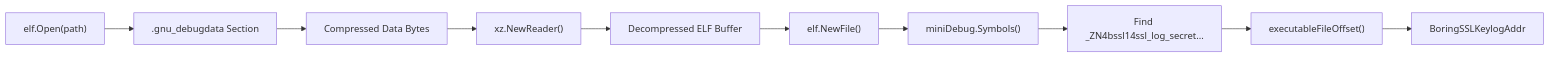
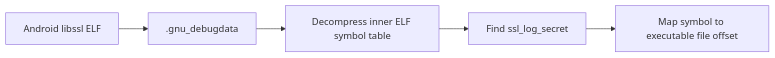
Before and after one commit to gojue/ecapture.cc: the diagram in src/en/2-core-tls-modules/2.1-tls-capture-openssl-and-boringssl.md, drawn with Mermaid. The commit also changed other lines of this file and 94 other files, not shown here.

````diff
--- a/src/en/2-core-tls-modules/2.1-tls-capture-openssl-and-boringssl.md
+++ b/src/en/2-core-tls-modules/2.1-tls-capture-openssl-and-boringssl.md
@@ -142,14 +27,7 @@
 ```mermaid
-graph LR
-    ELF["elf.Open(path)"] --> Sec[".gnu_debugdata Section"]
-    Sec --> Comp["Compressed Data Bytes"]
-    Comp --> XZ["xz.NewReader()"]
-    XZ --> Decomp["Decompressed ELF Buffer"]
-    Decomp --> InnerELF["elf.NewFile()"]
-    InnerELF --> Syms["miniDebug.Symbols()"]
-    Syms --> Match["Find _ZN4bssl14ssl_log_secret..."]
-    Match --> Calc["executableFileOffset()"]
-    Calc --> Addr["BoringSSLKeylogAddr"]
-
-    %% symbol["internal/probe/openssl/boringssl_symbol.go"]
+flowchart LR
+    ELF["Android libssl ELF"] --> Section[".gnu_debugdata"]
+    Section --> Symbols["Decompress inner ELF symbol table"]
+    Symbols --> Symbol["Find ssl_log_secret"]
+    Symbol --> Offset["Map symbol to executable file offset"]
 ```
````
